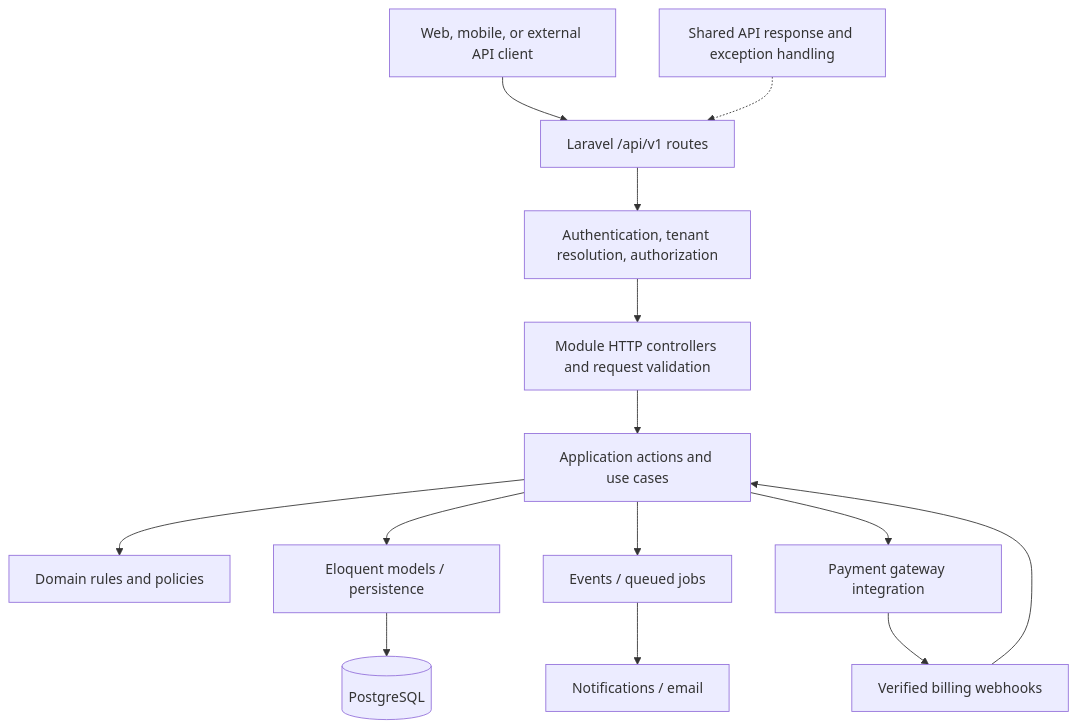
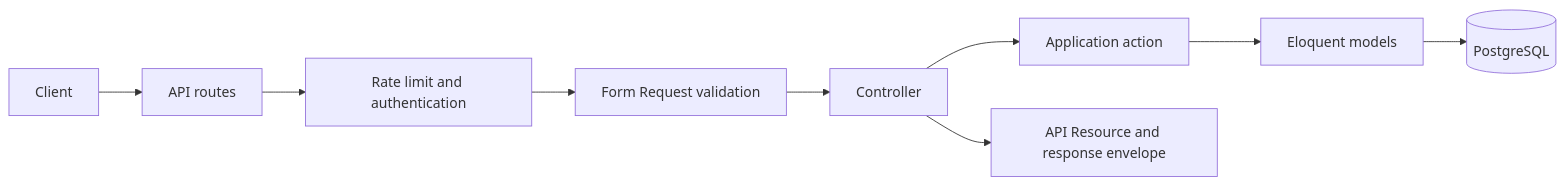
The first of 2 diagrams in docs/architecture/README.md (fathallah7/multi-tenant-helpdesk-saas), drawn with Mermaid before and after one commit. The commit also changed other lines of this file, not shown here.

Commit message:
Document Current Architecture Reference

````diff
--- a/docs/architecture/README.md
+++ b/docs/architecture/README.md
@@ -51,16 +81,11 @@
 ```mermaid
-flowchart TD
-    C[Web, mobile, or external API client] --> API[Laravel /api/v1 routes]
-    API --> MW[Authentication, tenant resolution, authorization]
-    MW --> H[Module HTTP controllers and request validation]
-    H --> A[Application actions and use cases]
-    A --> D[Domain rules and policies]
-    A --> P[Eloquent models / persistence]
-    P --> DB[(PostgreSQL)]
-    A --> E[Events / queued jobs]
-    E --> N[Notifications / email]
-    A --> B[Payment gateway integration]
-    B --> W[Verified billing webhooks]
-    W --> A
-    S[Shared API response and exception handling] -.-> API
+flowchart LR
+    Client --> Routes[API routes]
+    Routes --> Middleware[Rate limit and authentication]
+    Middleware --> Request[Form Request validation]
+    Request --> Controller
+    Controller --> Action[Application action]
+    Action --> Models[Eloquent models]
+    Models --> Database[(PostgreSQL)]
+    Controller --> Response[API Resource and response envelope]
 ```
````
